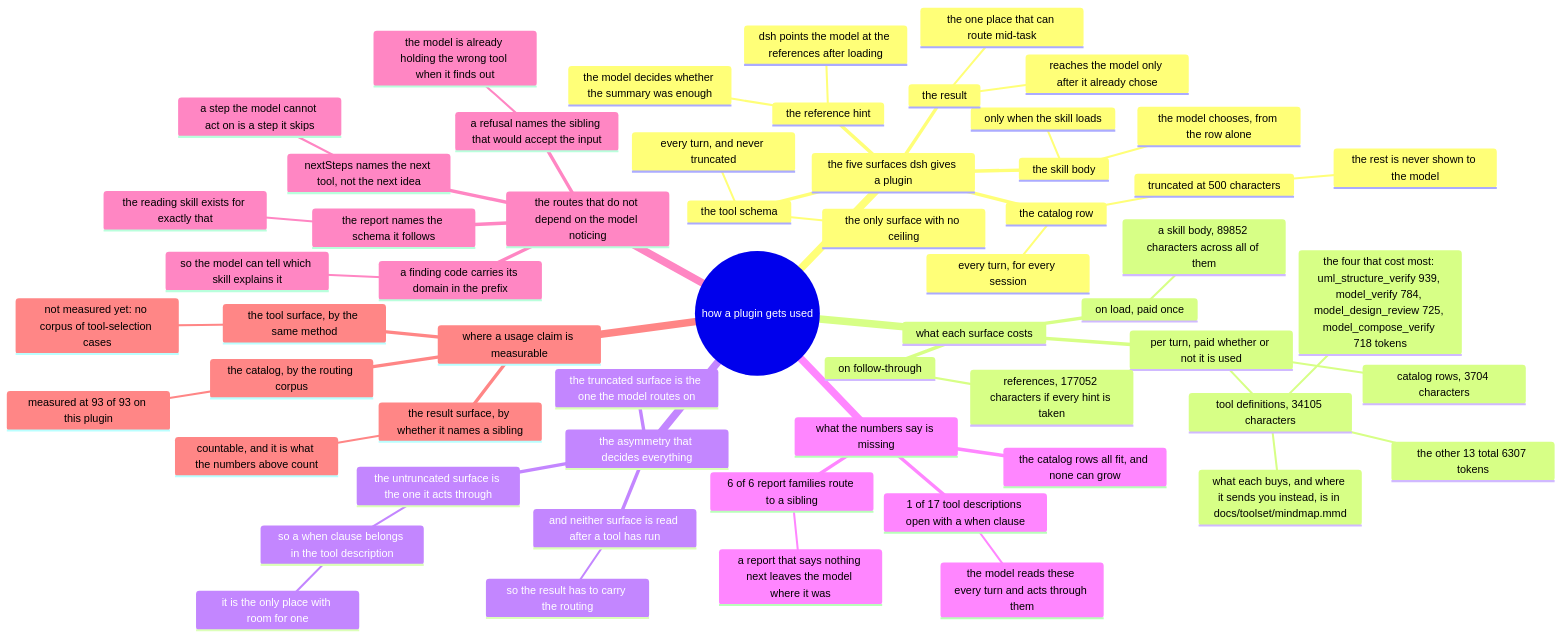
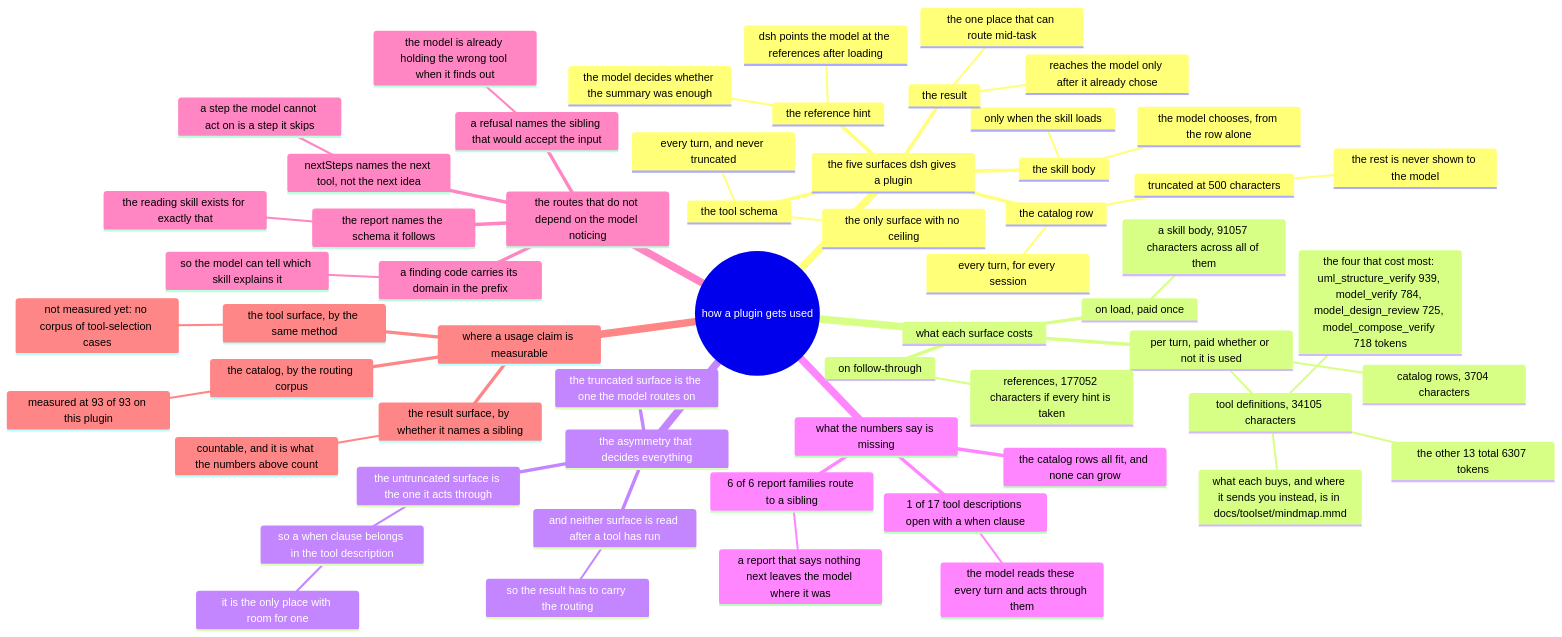
The diagram in docs/usage/mindmap.mmd (AmethystLuna/dsh-model-everything), drawn with Mermaid before and after one commit. The commit also changed 11 other files, not shown here.

First line of the commit message:
feat(render): mermaid's LR turns the drawing, and the docs stop saying it does not

```diff
--- a/docs/usage/mindmap.mmd
+++ b/docs/usage/mindmap.mmd
@@ -1,59 +1,59 @@
 mindmap
 root((how a plugin gets used))
   the five surfaces dsh gives a plugin
     the catalog row
       every turn, for every session
       truncated at 500 characters
         the rest is never shown to the model
     the skill body
       only when the skill loads
       the model chooses, from the row alone
     the reference hint
       dsh points the model at the references after loading
       the model decides whether the summary was enough
     the tool schema
       every turn, and never truncated
       the only surface with no ceiling
     the result
       reaches the model only after it already chose
       the one place that can route mid-task
   what each surface costs
     per turn, paid whether or not it is used
       catalog rows, 3704 characters
       tool definitions, 34105 characters
         the four that cost most: uml_structure_verify 939, model_verify 784, model_design_review 725, model_compose_verify 718 tokens
         the other 13 total 6307 tokens
         what each buys, and where it sends you instead, is in docs/toolset/mindmap.mmd
     on load, paid once
-      a skill body, 89852 characters across all of them
+      a skill body, 91057 characters across all of them
     on follow-through
       references, 177052 characters if every hint is taken
   the asymmetry that decides everything
     the truncated surface is the one the model routes on
     the untruncated surface is the one it acts through
       so a when clause belongs in the tool description
         it is the only place with room for one
     and neither surface is read after a tool has run
       so the result has to carry the routing
   what the numbers say is missing
     1 of 17 tool descriptions open with a when clause
       the model reads these every turn and acts through them
     6 of 6 report families route to a sibling
       a report that says nothing next leaves the model where it was
     the catalog rows all fit, and none can grow
   the routes that do not depend on the model noticing
     a refusal names the sibling that would accept the input
       the model is already holding the wrong tool when it finds out
     nextSteps names the next tool, not the next idea
       a step the model cannot act on is a step it skips
     a finding code carries its domain in the prefix
       so the model can tell which skill explains it
     the report names the schema it follows
       the reading skill exists for exactly that
   where a usage claim is measurable
     the catalog, by the routing corpus
       measured at 93 of 93 on this plugin
     the tool surface, by the same method
       not measured yet: no corpus of tool-selection cases
     the result surface, by whether it names a sibling
       countable, and it is what the numbers above count
```
